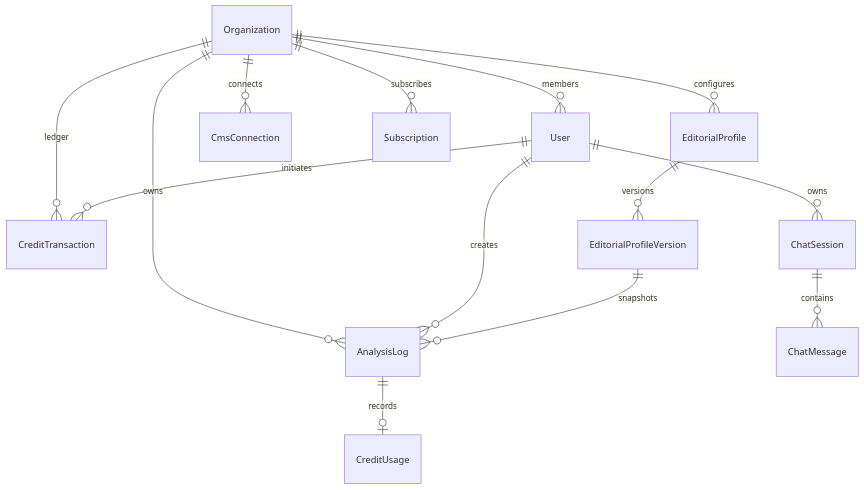
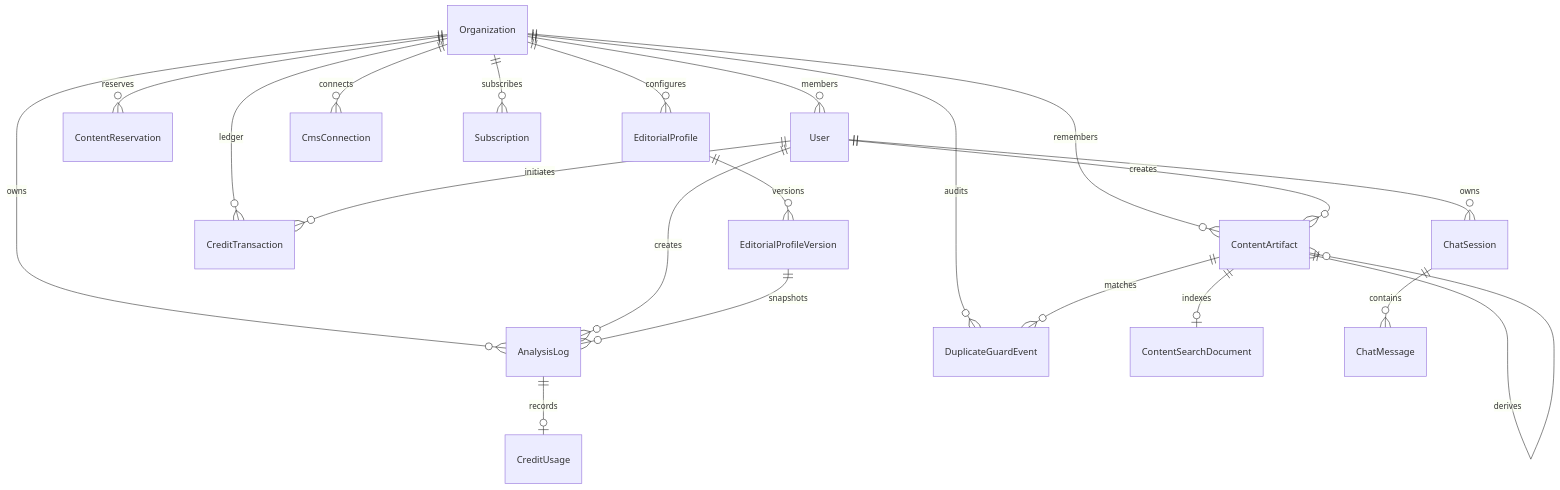
One commit to Envoyou/EAI changed the third of 5 diagrams in docs/EAI-Reference-Architecture.md. Above: the diagram before and after it, drawn with Mermaid. The commit also changed other lines of this file and 32 other files, not shown here.

First line of the commit message:
feat: Implement Content Memory and Duplicate Guard features

````diff
--- a/docs/EAI-Reference-Architecture.md
+++ b/docs/EAI-Reference-Architecture.md
@@ -235,19 +235,26 @@
 ```mermaid
 erDiagram
     Organization ||--o{ User : "members"
     Organization ||--o{ AnalysisLog : "owns"
+    Organization ||--o{ ContentArtifact : "remembers"
+    Organization ||--o{ ContentReservation : "reserves"
+    Organization ||--o{ DuplicateGuardEvent : "audits"
     Organization ||--o{ EditorialProfile : "configures"
     Organization ||--o{ CmsConnection : "connects"
     Organization ||--o{ Subscription : "subscribes"
     Organization ||--o{ CreditTransaction : "ledger"
 
     User ||--o{ AnalysisLog : "creates"
+    User ||--o{ ContentArtifact : "creates"
     User ||--o{ ChatSession : "owns"
     User ||--o{ CreditTransaction : "initiates"
 
     EditorialProfile ||--o{ EditorialProfileVersion : "versions"
     EditorialProfileVersion ||--o{ AnalysisLog : "snapshots"
 
     AnalysisLog ||--o| CreditUsage : "records"
+    ContentArtifact ||--o| ContentSearchDocument : "indexes"
+    ContentArtifact ||--o{ ContentArtifact : "derives"
+    ContentArtifact ||--o{ DuplicateGuardEvent : "matches"
     ChatSession ||--o{ ChatMessage : "contains"
 ```
````
